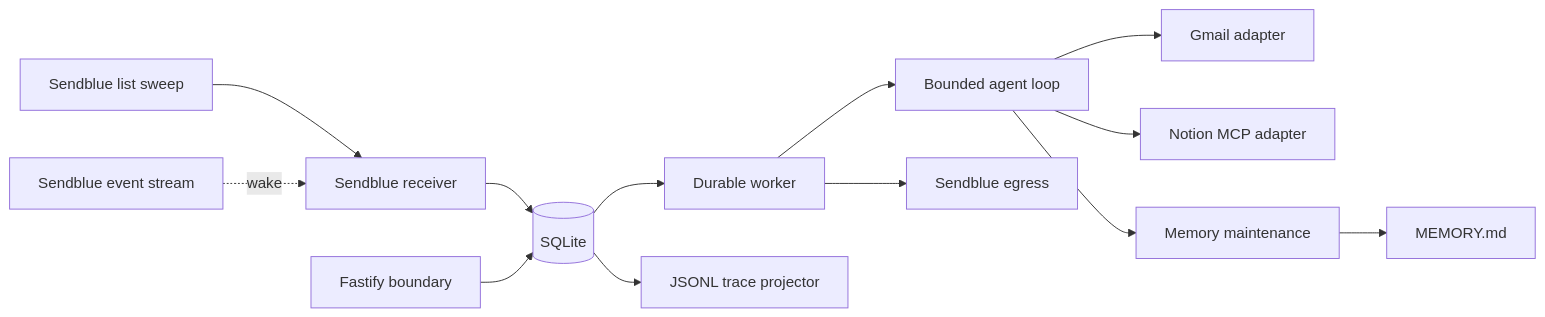
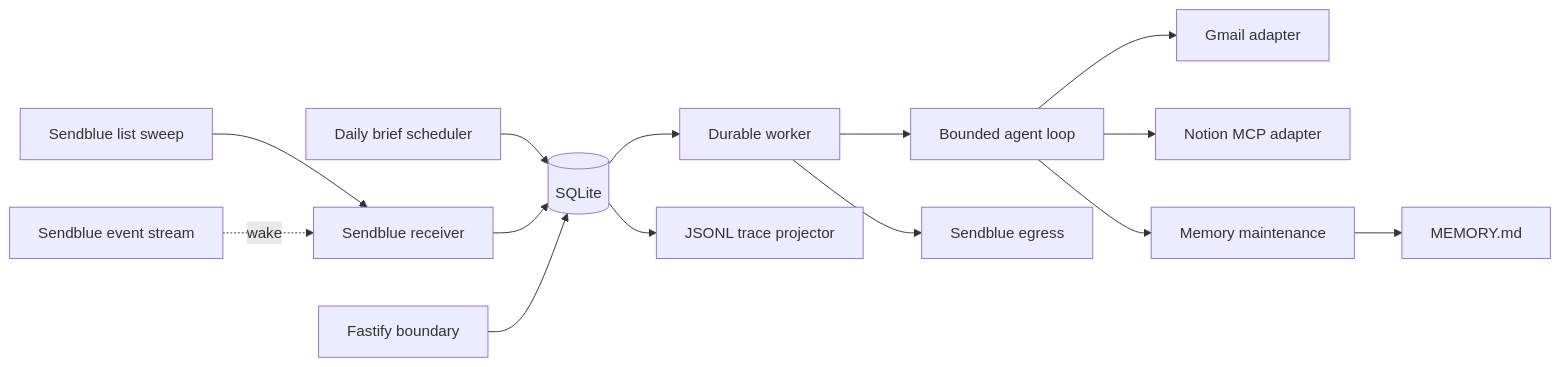
Before and after one commit to bgar324/annie: the diagram in docs/architecture.md, drawn with Mermaid. The commit also changed other lines of this file and 26 other files, not shown here.

````diff
--- a/docs/architecture.md
+++ b/docs/architecture.md
@@ -23,15 +23,16 @@
 ```mermaid
 flowchart LR
   S[Sendblue list sweep] --> R[Sendblue receiver]
   X[Sendblue event stream] -. wake .-> R
+  B[Daily brief scheduler] --> D
   R --> D[(SQLite)]
   D --> W[Durable worker]
   W --> A[Bounded agent loop]
   A --> G[Gmail adapter]
   A --> N[Notion MCP adapter]
   W --> E[Sendblue egress]
   A --> MM[Memory maintenance]
   MM --> F[MEMORY.md]
   D --> T[JSONL trace projector]
   H[Fastify boundary] --> D
 ```
````
